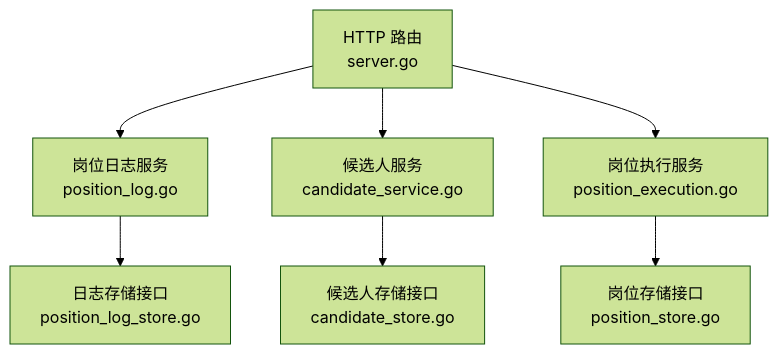
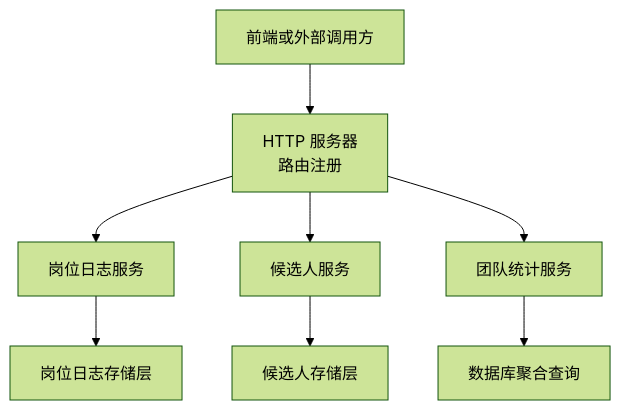
Before and after one commit to alvinwangzi/goodhr: the first of 6 diagrams in .qoder/repowiki/zh/content/API接口文档/云端REST API/岗位管理API/岗位监控查询接口.md, drawn with Mermaid (forest theme). The commit also changed other lines of this file and 149 other files, not shown here.

````diff
--- a/.qoder/repowiki/zh/content/API接口文档/云端REST API/岗位管理API/岗位监控查询接口.md
+++ b/.qoder/repowiki/zh/content/API接口文档/云端REST API/岗位管理API/岗位监控查询接口.md
@@ -44,9 +41,10 @@
 ```mermaid
 graph TB
-A["HTTP 路由<br/>server.go"] --> B["岗位日志服务<br/>position_log.go"]
-A --> C["候选人服务<br/>candidate_service.go"]
-A --> D["岗位执行服务<br/>position_execution.go"]
-B --> E["日志存储接口<br/>position_log_store.go"]
-C --> F["候选人存储接口<br/>candidate_store.go"]
-D --> G["岗位存储接口<br/>position_store.go"]
+Client["前端或外部调用方"] --> Server["HTTP 服务器<br/>路由注册"]
+Server --> LogService["岗位日志服务"]
+Server --> CandidateService["候选人服务"]
+Server --> TeamStatsService["团队统计服务"]
+LogService --> LogStore["岗位日志存储层"]
+CandidateService --> CandidateStore["候选人存储层"]
+TeamStatsService --> Database["数据库聚合查询"]
 ```
````
